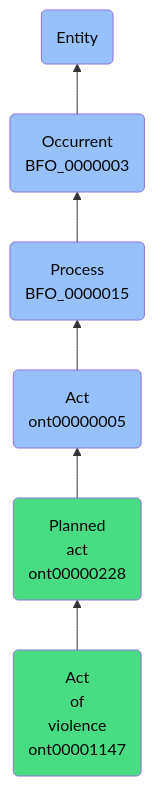
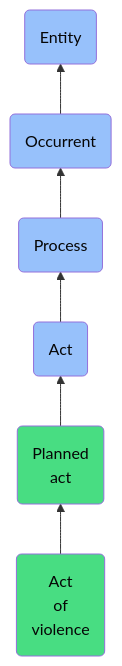
Before and after one commit to jupyter-naas/abi: the diagram in docs/ontology/reference/model/Entity/Occurrent/Process/Act/Planned act/Act of violence/Act of violence.md, drawn with Mermaid. The commit also changed other lines of this file and 1430 other files, not shown here.

````diff
--- a/docs/ontology/reference/model/Entity/Occurrent/Process/Act/Planned act/Act of violence/Act of violence.md
+++ b/docs/ontology/reference/model/Entity/Occurrent/Process/Act/Planned act/Act of violence/Act of violence.md
@@ -24,13 +24,13 @@
 ```mermaid
 graph BT
-    ont00001147(Act<br>of<br>violence<br>ont00001147):::ABI-->ont00000228
-    ont00000228(Planned<br>act<br>ont00000228):::ABI-->ont00000005
-    ont00000005(Act<br>ont00000005):::BFO-->BFO_0000015
-    BFO_0000015(Process<br>BFO_0000015):::BFO-->BFO_0000003
-    BFO_0000003(Occurrent<br>BFO_0000003):::BFO-->BFO_0000001
+    ont00001147(Act<br>of<br>violence):::ABI-->ont00000228
+    ont00000228(Planned<br>act):::ABI-->ont00000005
+    ont00000005(Act):::BFO-->BFO_0000015
+    BFO_0000015(Process):::BFO-->BFO_0000003
+    BFO_0000003(Occurrent):::BFO-->BFO_0000001
     BFO_0000001(Entity):::BFO
     
     classDef BFO fill:#97c1fb,color:#060606
     classDef CCO fill:#e4c51e,color:#060606
     classDef ABI fill:#48DD82,color:#060606
 ```
````
